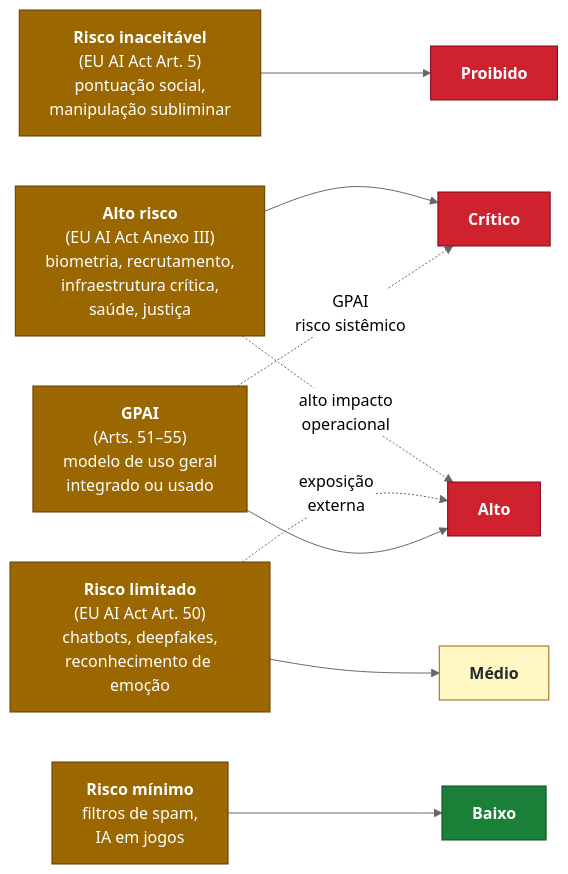
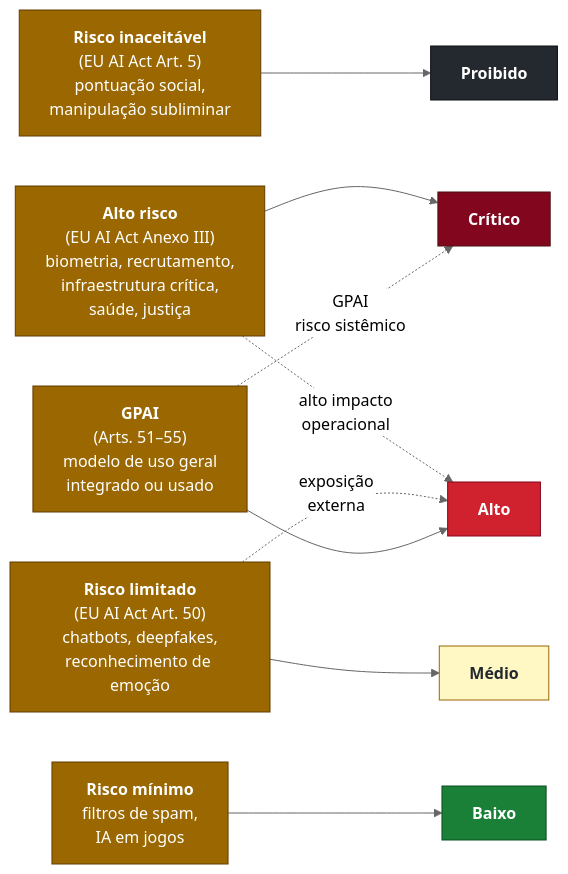
The first of 3 diagrams in diagramas/08-matriz-risco-controles.md (EdneiMonteiro/ai-coe-playbook), drawn with Mermaid (neutral theme) before and after one commit. The commit also changed other lines of this file and 12 other files, not shown here.

First line of the commit message:
Address diagramas-referencias review 02 — patch v2 (P-A..P-I)

````diff
--- a/diagramas/08-matriz-risco-controles.md
+++ b/diagramas/08-matriz-risco-controles.md
@@ -7,30 +9,31 @@
 ```mermaid
 flowchart LR
     classDef eu fill:#9a6700,stroke:#633c01,color:#fff
     classDef int fill:#1f6feb,stroke:#0d419d,color:#fff
-    classDef block fill:#cf222e,stroke:#82071e,color:#fff
+    classDef block fill:#24292f,stroke:#0d1117,color:#fff
+    classDef critical fill:#82071e,stroke:#491111,color:#fff
     classDef high fill:#cf222e,stroke:#82071e,color:#fff
     classDef med fill:#fff8c5,stroke:#9a6700,color:#24292f
     classDef low fill:#1a7f37,stroke:#0a4d20,color:#fff
 
     EU1["<b>Risco inaceitável</b><br/>(EU AI Act Art. 5)<br/>pontuação social,<br/>manipulação subliminar"]:::eu
     EU2["<b>Alto risco</b><br/>(EU AI Act Anexo III)<br/>biometria, recrutamento,<br/>infraestrutura crítica,<br/>saúde, justiça"]:::eu
     EU3["<b>Risco limitado</b><br/>(EU AI Act Art. 50)<br/>chatbots, deepfakes,<br/>reconhecimento de emoção"]:::eu
     EU4["<b>Risco mínimo</b><br/>filtros de spam,<br/>IA em jogos"]:::eu
     EU5["<b>GPAI</b><br/>(Arts. 51–55)<br/>modelo de uso geral<br/>integrado ou usado"]:::eu
 
     INT1["<b>Proibido</b>"]:::block
-    INT2["<b>Crítico</b>"]:::high
+    INT2["<b>Crítico</b>"]:::critical
     INT3["<b>Alto</b>"]:::high
     INT4["<b>Médio</b>"]:::med
     INT5["<b>Baixo</b>"]:::low
 
     EU1 --> INT1
     EU2 --> INT2
     EU2 -.->|"alto impacto<br/>operacional"| INT3
     EU3 --> INT4
     EU3 -.->|"exposição<br/>externa"| INT3
     EU4 --> INT5
     EU5 --> INT3
     EU5 -.->|"GPAI<br/>risco sistêmico"| INT2
 ```
````
